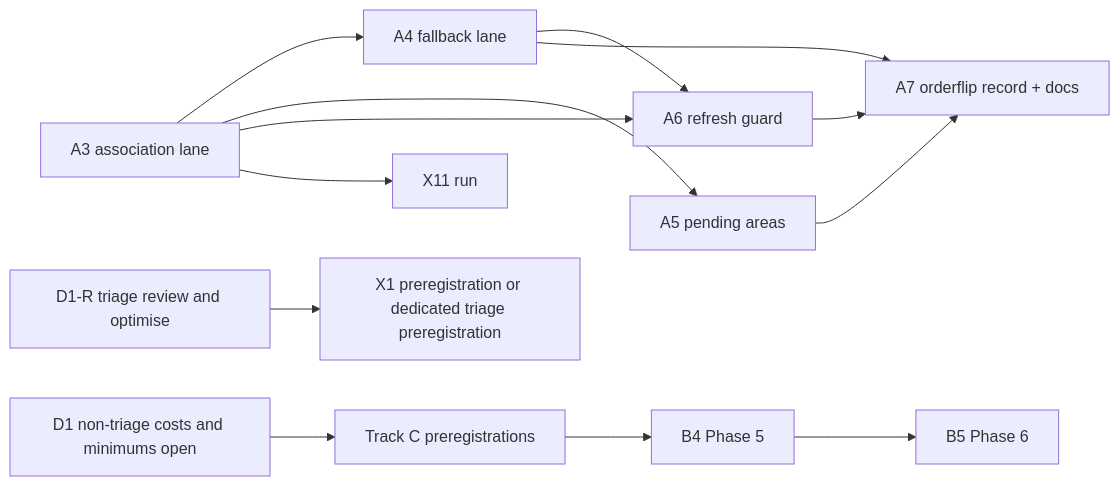
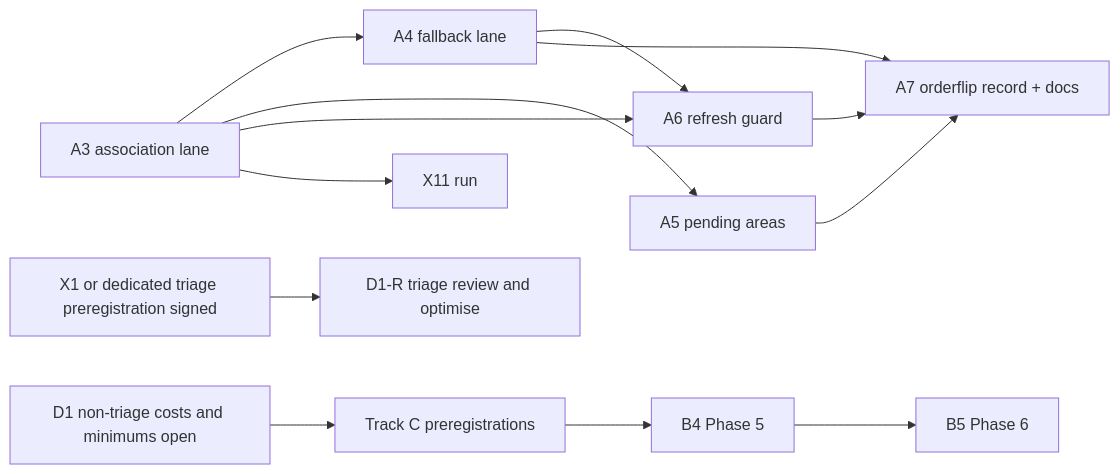
One commit to adam-jackson-cf/scout changed the diagram in docs/plans/2026-11-06-remaining-work.md. Above: the diagram before and after it, drawn with Mermaid. The commit also changed 8 other files, not shown here.

````diff
--- a/docs/plans/2026-11-06-remaining-work.md
+++ b/docs/plans/2026-11-06-remaining-work.md
@@ -22,15 +22,15 @@
 ```mermaid
 flowchart LR
   A3[A3 association lane] --> A4[A4 fallback lane]
   A3 --> A5[A5 pending areas]
   A4 --> A6[A6 refresh guard]
   A3 --> A6
   A4 --> A7[A7 orderflip record + docs]
   A5 --> A7
   A6 --> A7
   C[Track C preregistrations] --> B4[B4 Phase 5]
   D1[D1 non-triage costs and minimums open] --> C
-  D1R[D1-R triage review and optimise] --> X1[X1 preregistration or dedicated triage preregistration]
+  X1P[X1 or dedicated triage preregistration signed] --> D1R[D1-R triage review and optimise]
   B4 --> B5[B5 Phase 6]
   A3 --> X11[X11 run]
 ```
````
